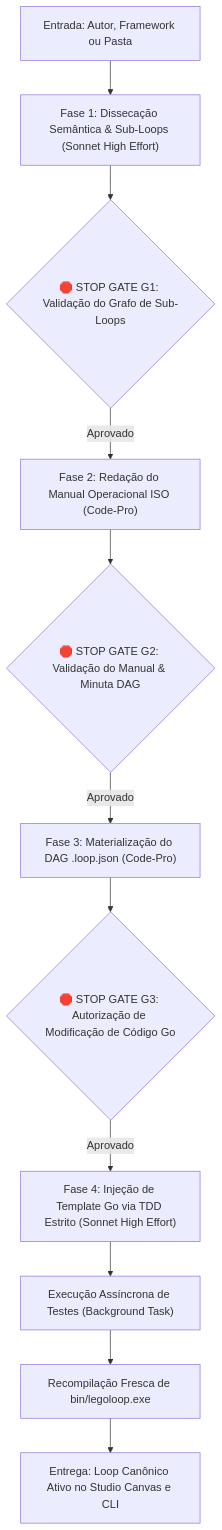
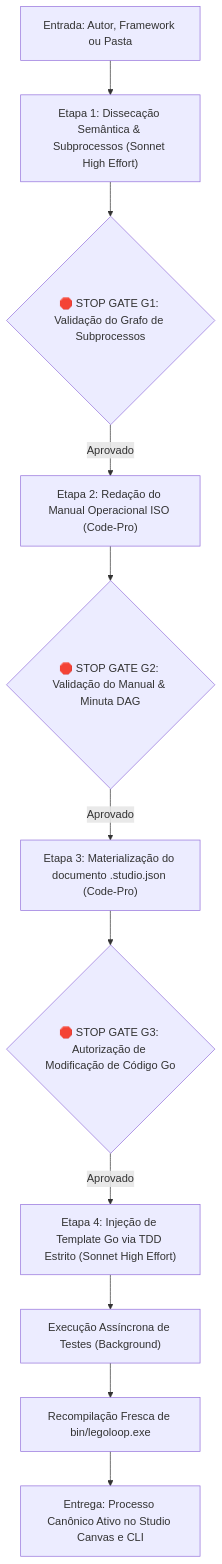
The diagram in skills/legoloop-loop-map/SKILL.md (heverton-dev/LegoLoop), drawn with Mermaid before and after one commit. The commit also changed other lines of this file and 20 other files, not shown here.

````diff
--- a/skills/legoloop-loop-map/SKILL.md
+++ b/skills/legoloop-loop-map/SKILL.md
@@ -55,13 +55,13 @@
 ```mermaid
 flowchart TD
-    In["Entrada: Autor, Framework ou Pasta"] --> F1["Fase 1: Dissecação Semântica & Sub-Loops (Sonnet High Effort)"]
-    F1 --> G1{"🛑 STOP GATE G1: Validação do Grafo de Sub-Loops"}
-    G1 -- Aprovado --> F2["Fase 2: Redação do Manual Operacional ISO (Code-Pro)"]
+    In["Entrada: Autor, Framework ou Pasta"] --> F1["Etapa 1: Dissecação Semântica & Subprocessos (Sonnet High Effort)"]
+    F1 --> G1{"🛑 STOP GATE G1: Validação do Grafo de Subprocessos"}
+    G1 -- Aprovado --> F2["Etapa 2: Redação do Manual Operacional ISO (Code-Pro)"]
     F2 --> G2{"🛑 STOP GATE G2: Validação do Manual & Minuta DAG"}
-    G2 -- Aprovado --> F3["Fase 3: Materialização do DAG .loop.json (Code-Pro)"]
+    G2 -- Aprovado --> F3["Etapa 3: Materialização do documento .studio.json (Code-Pro)"]
     F3 --> G3{"🛑 STOP GATE G3: Autorização de Modificação de Código Go"}
-    G3 -- Aprovado --> F4["Fase 4: Injeção de Template Go via TDD Estrito (Sonnet High Effort)"]
-    F4 --> F4_Test["Execução Assíncrona de Testes (Background Task)"]
+    G3 -- Aprovado --> F4["Etapa 4: Injeção de Template Go via TDD Estrito (Sonnet High Effort)"]
+    F4 --> F4_Test["Execução Assíncrona de Testes (Background)"]
     F4_Test --> F4_Build["Recompilação Fresca de bin/legoloop.exe"]
-    F4_Build --> Out["Entrega: Loop Canônico Ativo no Studio Canvas e CLI"]
+    F4_Build --> Out["Entrega: Processo Canônico Ativo no Studio Canvas e CLI"]
 ```
````
